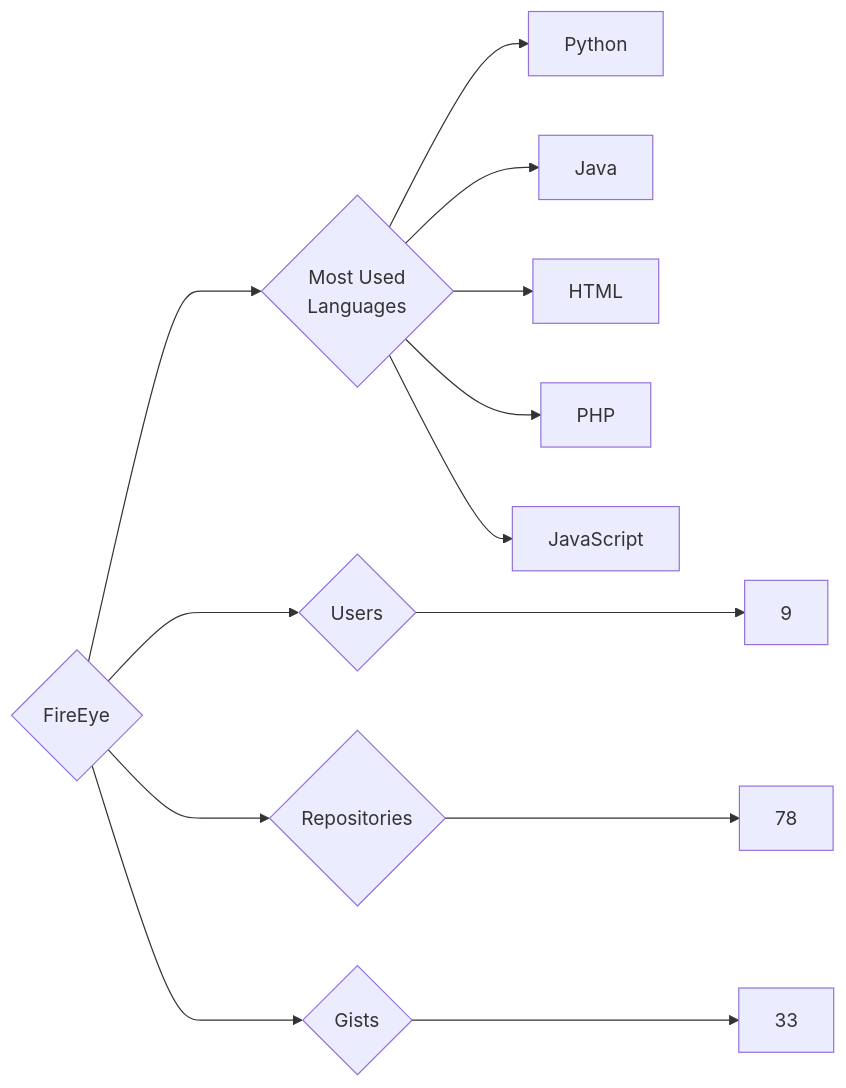
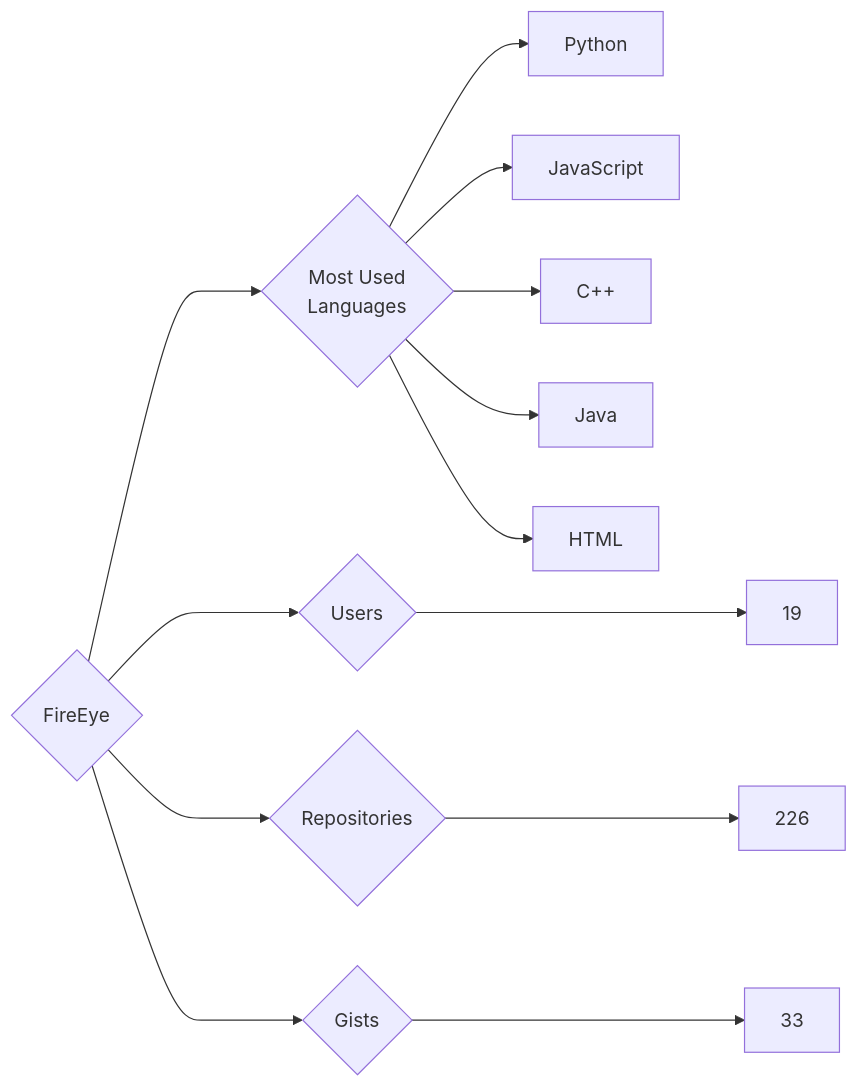
The diagram in targets/FireEye/README.md (trickest/insiders), drawn with Mermaid before and after one commit. The commit also changed 874 other files, not shown here.

````diff
--- a/targets/FireEye/README.md
+++ b/targets/FireEye/README.md
@@ -3,13 +3,13 @@
 ```mermaid
 graph LR
 COMPANY_NAME{FireEye}
-COMPANY_NAME ---> U{Users} ---> UN[9]
-COMPANY_NAME ---> R{Repositories} ---> RN[78]
+COMPANY_NAME ---> U{Users} ---> UN[19]
+COMPANY_NAME ---> R{Repositories} ---> RN[226]
 COMPANY_NAME ---> G{Gists} ---> GN[33]
 COMPANY_NAME ---> ML{Most Used<br>Languages}
 ML --> Python[Python]
+ML --> JavaScript[JavaScript]
+ML --> C++[C++]
 ML --> Java[Java]
 ML --> HTML[HTML]
-ML --> PHP[PHP]
-ML --> JavaScript[JavaScript]
 ```
````
